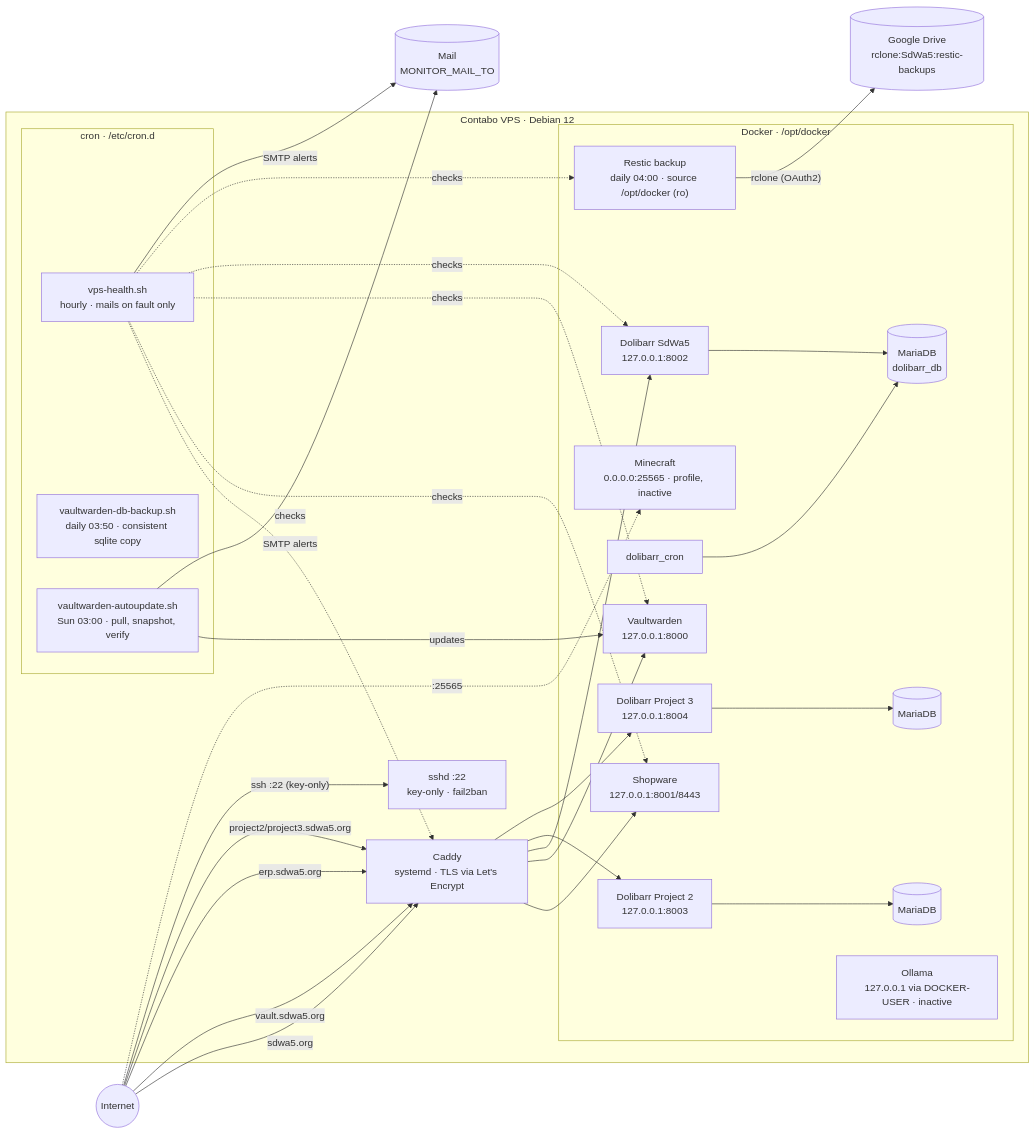
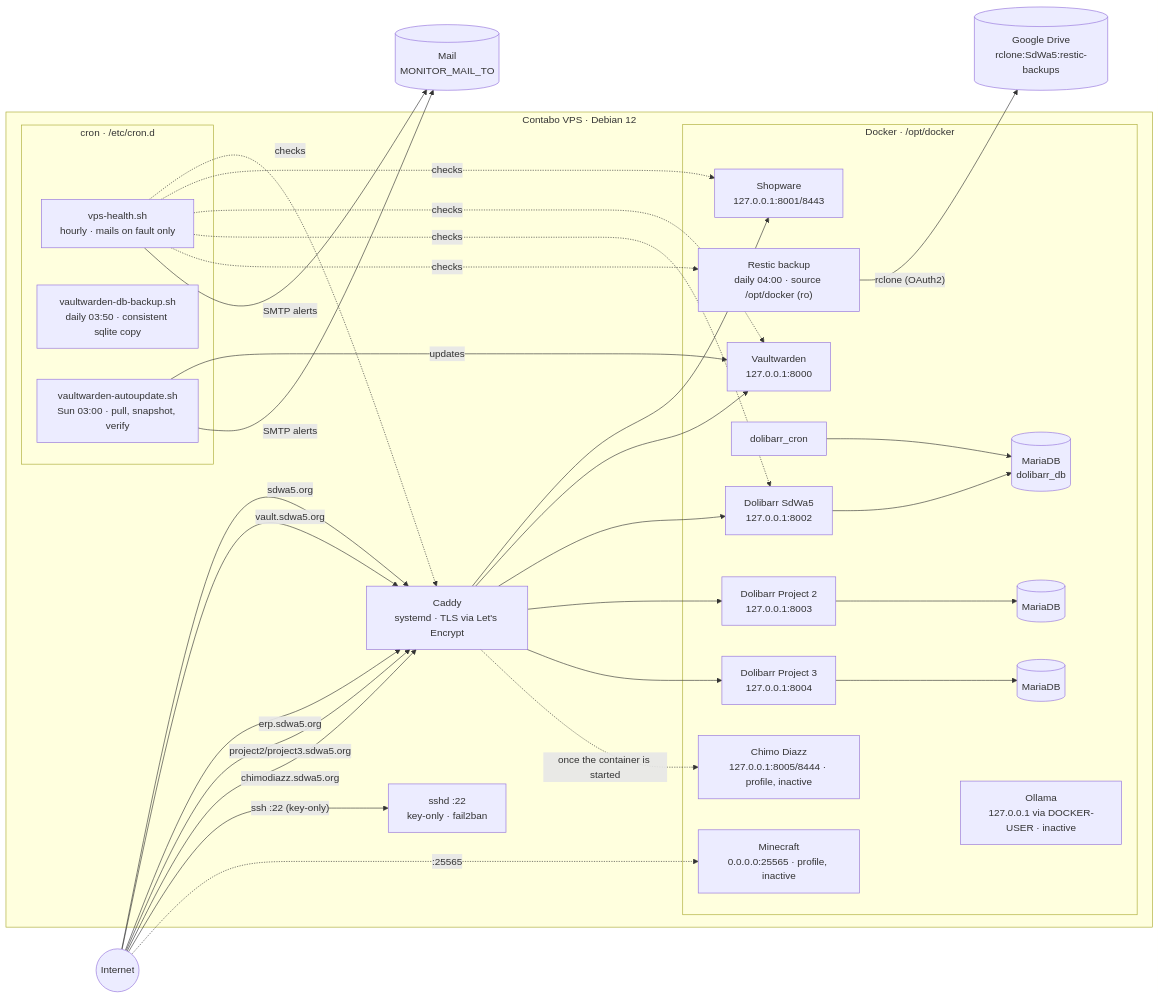
The diagram in docs/infrastructure.md (SdWa5/vps), drawn with Mermaid before and after one commit. The commit also changed other lines of this file and 14 other files, not shown here.

First line of the commit message:
feature/chimodiazz-subdomain sdwa5-vps 1.42.0

````diff
--- a/docs/infrastructure.md
+++ b/docs/infrastructure.md
@@ -7,49 +7,52 @@
 ```mermaid
 flowchart LR
     U((Internet))
 
     subgraph vps ["Contabo VPS · Debian 12"]
         C["Caddy<br/>systemd · TLS via Let's Encrypt"]
 
         subgraph docker ["Docker · /opt/docker"]
             SW["Shopware<br/>127.0.0.1:8001/8443"]
             VW["Vaultwarden<br/>127.0.0.1:8000"]
             DL["Dolibarr SdWa5<br/>127.0.0.1:8002"]
             DLC["dolibarr_cron"]
             DLDB[("MariaDB<br/>dolibarr_db")]
             P2["Dolibarr Project 2<br/>127.0.0.1:8003"]
             P2DB[("MariaDB")]
             P3["Dolibarr Project 3<br/>127.0.0.1:8004"]
+            CD["Chimo Diazz<br/>127.0.0.1:8005/8444 · profile, inactive"]
             P3DB[("MariaDB")]
             OL["Ollama<br/>127.0.0.1 via DOCKER-USER · inactive"]
             MC["Minecraft<br/>0.0.0.0:25565 · profile, inactive"]
             RS["Restic backup<br/>daily 04:00 · source /opt/docker (ro)"]
         end
 
         subgraph cron ["cron · /etc/cron.d"]
             HC["vps-health.sh<br/>hourly · mails on fault only"]
             DB["vaultwarden-db-backup.sh<br/>daily 03:50 · consistent sqlite copy"]
             AU["vaultwarden-autoupdate.sh<br/>Sun 03:00 · pull, snapshot, verify"]
         end
 
         SSHD["sshd :22<br/>key-only · fail2ban"]
     end
 
     GD[("Google Drive<br/>rclone:SdWa5:restic-backups")]
     U -- " sdwa5.org " --> C
     U -- " vault.sdwa5.org " --> C
     U -- " erp.sdwa5.org " --> C
     U -- " project2/project3.sdwa5.org " --> C
+    U -- " chimodiazz.sdwa5.org " --> C
     U -- " ssh :22 (key-only) " --> SSHD
     U -. " :25565 " .-> MC
     C --> SW & VW & DL
     C --> P2 & P3
+    C -. " once the container is started " .-> CD
     DL --> DLDB
     DLC --> DLDB
     P2 --> P2DB
     P3 --> P3DB
     RS -- " rclone (OAuth2) " --> GD
     HC -. " checks " .-> C & SW & VW & DL & RS
     AU -- " updates " --> VW
     HC & AU -- " SMTP alerts " --> MB[("Mail<br/>MONITOR_MAIL_TO")]
 ```
````
